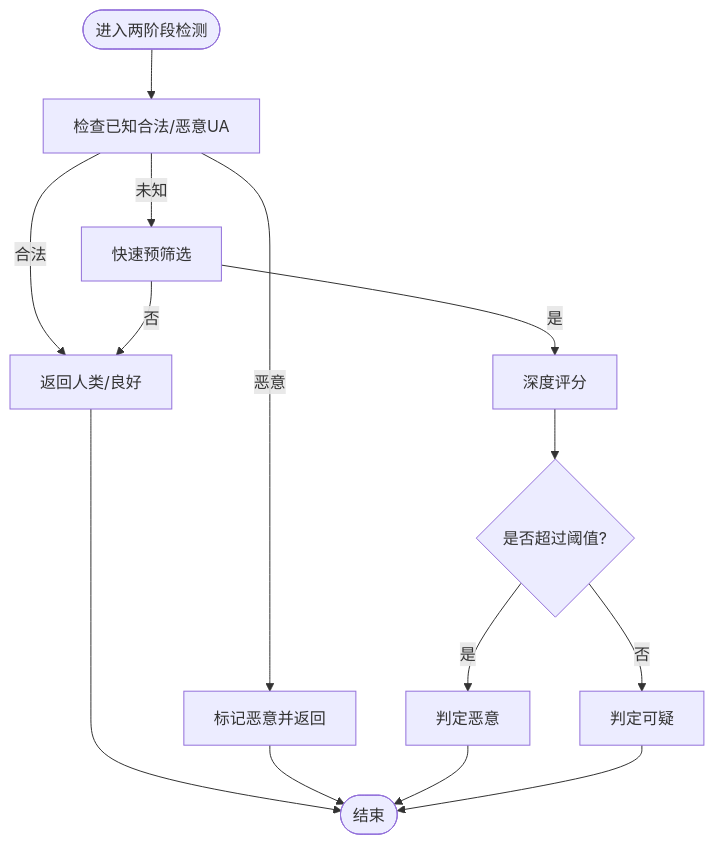
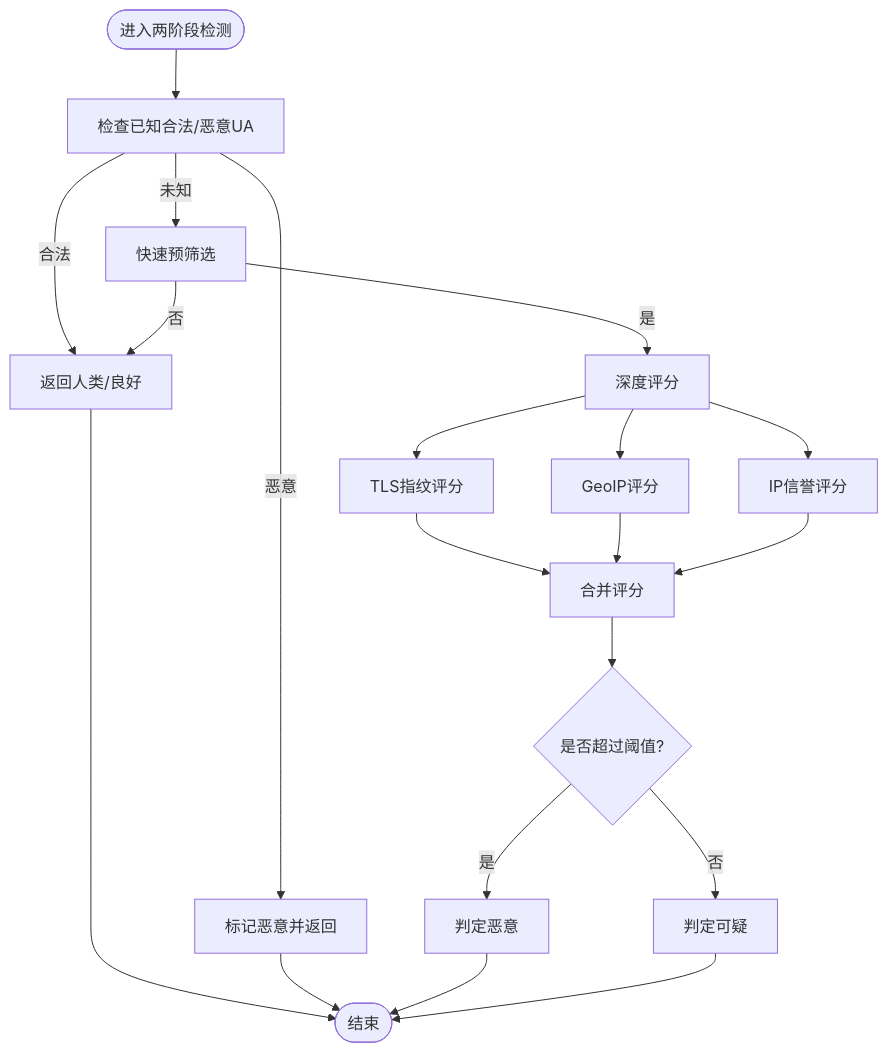
One commit to x01n/My-OpenWaf changed the third of 8 diagrams in docs/安全防护功能/机器人检测.md. Above: the diagram before and after it, drawn with Mermaid. The commit also changed other lines of this file and 51 other files, not shown here.

````diff
--- a/docs/安全防护功能/机器人检测.md
+++ b/docs/安全防护功能/机器人检测.md
@@ -181,16 +216,22 @@
 ```mermaid
 flowchart TD
 Start(["进入两阶段检测"]) --> UA["检查已知合法/恶意UA"]
 UA --> |合法| Human["返回人类/良好"]
 UA --> |恶意| Malicious["标记恶意并返回"]
 UA --> |未知| Pre["快速预筛选"]
 Pre --> |否| Human
 Pre --> |是| Deep["深度评分"]
-Deep --> Threshold{"是否超过阈值?"}
+Deep --> Geo["GeoIP评分"]
+Deep --> TLS["TLS指纹评分"]
+Deep --> IPRep["IP信誉评分"]
+TLS --> Merge["合并评分"]
+Geo --> Merge
+IPRep --> Merge
+Merge --> Threshold{"是否超过阈值?"}
 Threshold --> |是| VerdictMal["判定恶意"]
 Threshold --> |否| VerdictSusp["判定可疑"]
 Human --> End(["结束"])
 Malicious --> End
 VerdictMal --> End
 VerdictSusp --> End
 ```
````
